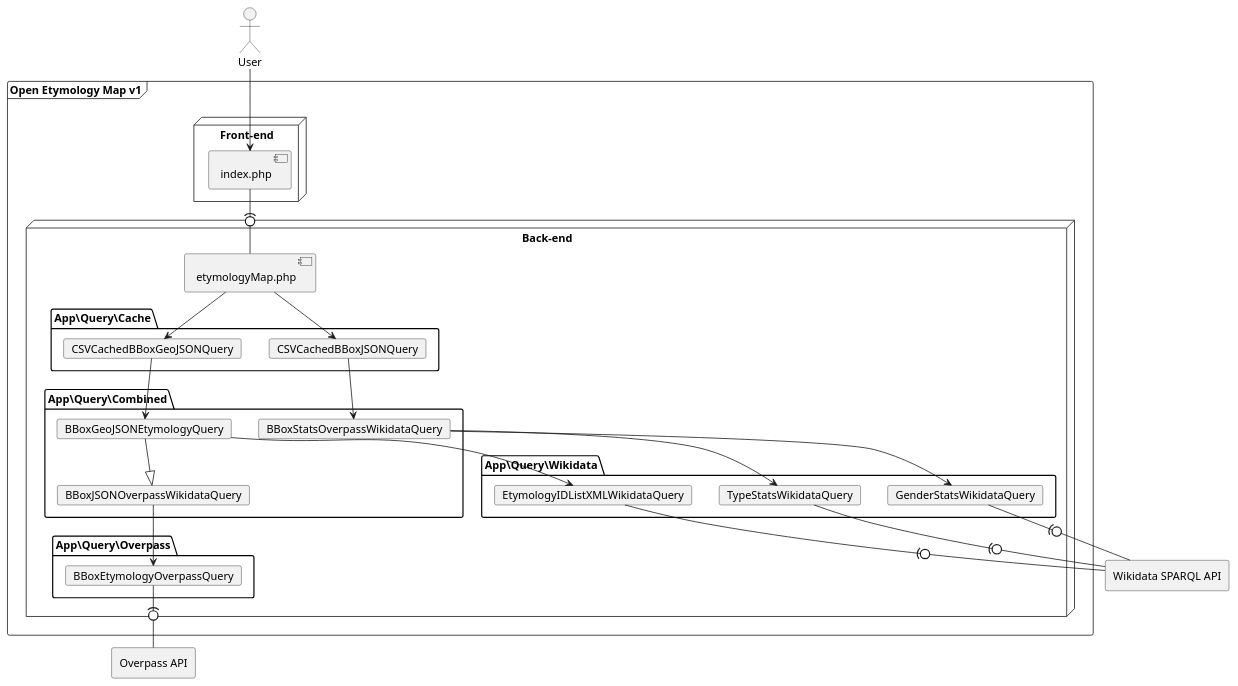
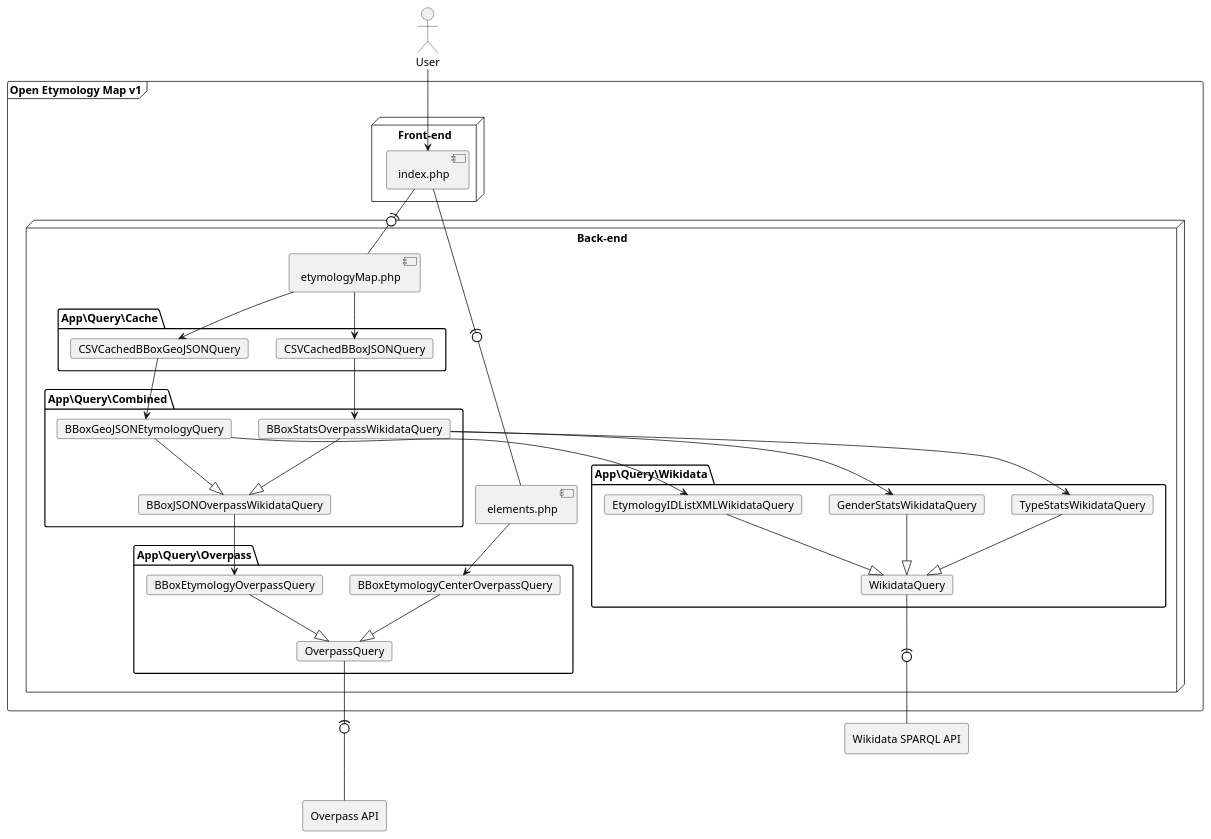
The third of 3 diagrams in CONTRIBUTING.md (Danysan1/osm-wikidata-map-framework), drawn with PlantUML before and after one commit. The commit also changed other lines of this file, not shown here.

````diff
--- a/CONTRIBUTING.md
+++ b/CONTRIBUTING.md
@@ -263,54 +277,66 @@
 ```plantuml
 @startuml oem_v1
 actor user as "User"
 frame oem as "Open Etymology Map v1" {
     node "Front-end" {
         component index as "index.php"
     }
     node "Back-end" {
         component etymologyMap as "etymologyMap.php"
+        component elements as "elements.php"
         package "App\Query\Cache" {
             card CSVCachedBBoxGeoJSONQuery
             card CSVCachedBBoxJSONQuery
         }
         package "App\Query\Combined" {
             card BBoxGeoJSONEtymologyQuery
             card BBoxStatsOverpassWikidataQuery
             card BBoxJSONOverpassWikidataQuery
         }
         package "App\Query\Wikidata" {
+            card WikidataQuery
             card EtymologyIDListXMLWikidataQuery
             card TypeStatsWikidataQuery
             card GenderStatsWikidataQuery
         }
         package "App\Query\Overpass" {
+            card OverpassQuery
             card BBoxEtymologyOverpassQuery
+            card BBoxEtymologyCenterOverpassQuery
         }
     }
 }
 agent overpass as "Overpass API"
 agent wikidata as "Wikidata SPARQL API"
 
 user --> index
 index -(0- etymologyMap
+index -(0- elements
 
 etymologyMap --> CSVCachedBBoxGeoJSONQuery
 etymologyMap --> CSVCachedBBoxJSONQuery
+elements --> BBoxEtymologyCenterOverpassQuery
 
 CSVCachedBBoxGeoJSONQuery --> BBoxGeoJSONEtymologyQuery
 CSVCachedBBoxJSONQuery --> BBoxStatsOverpassWikidataQuery
 
 BBoxGeoJSONEtymologyQuery --^ BBoxJSONOverpassWikidataQuery
+BBoxStatsOverpassWikidataQuery --^ BBoxJSONOverpassWikidataQuery
+
+BBoxEtymologyOverpassQuery --^ OverpassQuery
+BBoxEtymologyCenterOverpassQuery --^ OverpassQuery
+
+EtymologyIDListXMLWikidataQuery --^ WikidataQuery
+TypeStatsWikidataQuery --^ WikidataQuery
+GenderStatsWikidataQuery --^ WikidataQuery
 
 BBoxJSONOverpassWikidataQuery --> BBoxEtymologyOverpassQuery
 BBoxGeoJSONEtymologyQuery --> EtymologyIDListXMLWikidataQuery
 BBoxStatsOverpassWikidataQuery --> GenderStatsWikidataQuery
 BBoxStatsOverpassWikidataQuery --> TypeStatsWikidataQuery
 
-BBoxEtymologyOverpassQuery -(0- overpass
-EtymologyIDListXMLWikidataQuery -(0- wikidata
-GenderStatsWikidataQuery -(0- wikidata
-TypeStatsWikidataQuery -(0- wikidata
+OverpassQuery --(0- overpass
+WikidataQuery --(0- wikidata
 
 @enduml
 ```
````
